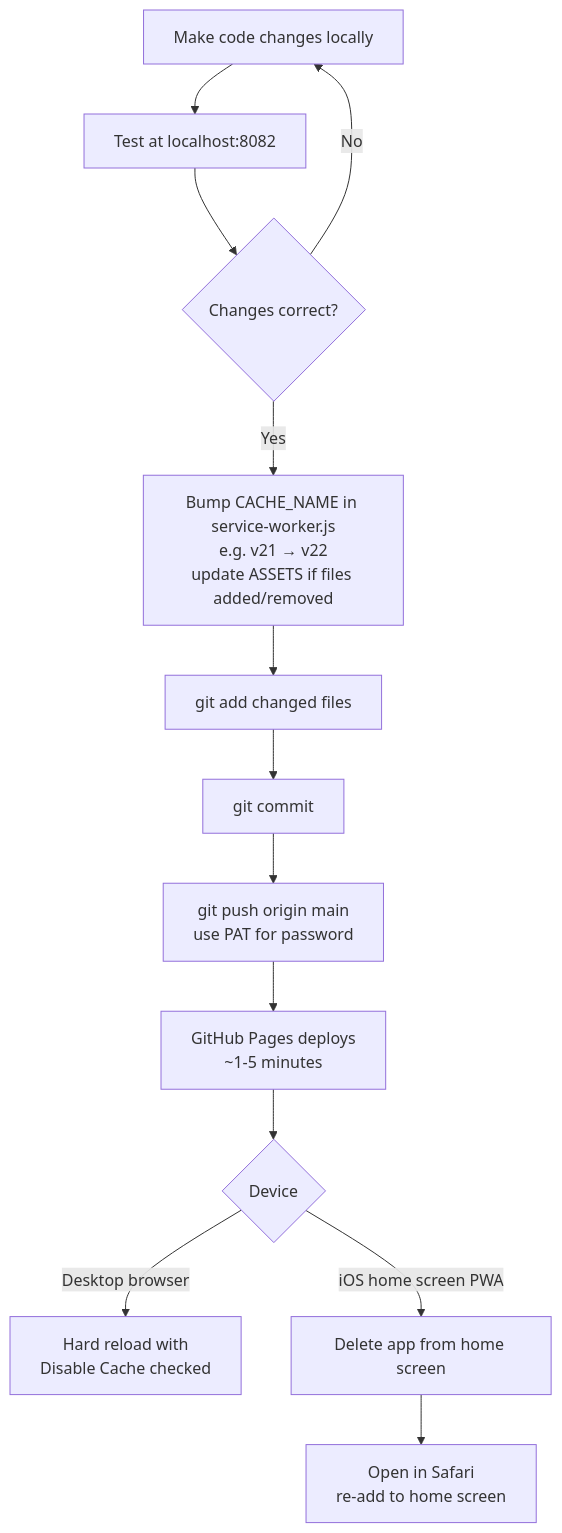
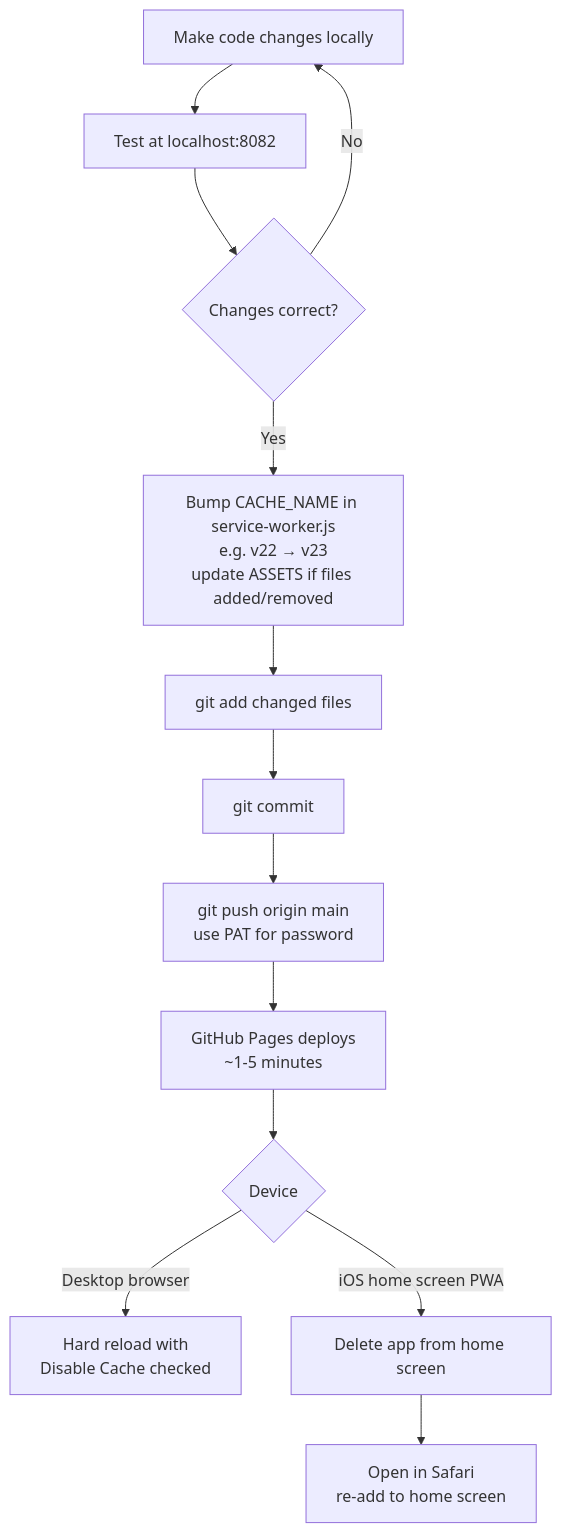
Before and after one commit to reidrussell-alt/plate-log: the eighth of 8 diagrams in ARCHITECTURE.md, drawn with Mermaid. The commit also changed other lines of this file and 10 other files, not shown here.

````diff
--- a/ARCHITECTURE.md
+++ b/ARCHITECTURE.md
@@ -471,15 +464,15 @@
 ```mermaid
 flowchart TD
     A[Make code changes locally] --> B[Test at localhost:8082]
     B --> C{Changes correct?}
     C -->|No| A
-    C -->|Yes| D[Bump CACHE_NAME in service-worker.js\ne.g. v21 → v22\nupdate ASSETS if files added/removed]
+    C -->|Yes| D[Bump CACHE_NAME in service-worker.js\ne.g. v22 → v23\nupdate ASSETS if files added/removed]
     D --> E[git add changed files]
     E --> F[git commit]
     F --> G[git push origin main\nuse PAT for password]
     G --> H[GitHub Pages deploys\n~1-5 minutes]
     H --> I{Device}
     I -->|Desktop browser| J[Hard reload with\nDisable Cache checked]
     I -->|iOS home screen PWA| K[Delete app from home screen]
     K --> L[Open in Safari\nre-add to home screen]
 ```
````
